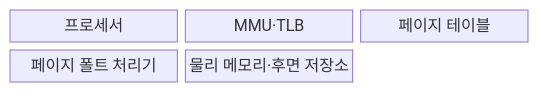
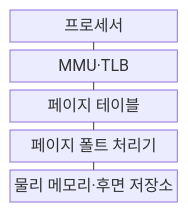
The first of 2 diagrams in src/content/docs/notes/03-software/015_virtual_memory.md (agnusdei1207/knowledge-base), drawn with Mermaid before and after one commit. The commit also changed other lines of this file and 20 other files, not shown here.

````diff
--- a/src/content/docs/notes/03-software/015_virtual_memory.md
+++ b/src/content/docs/notes/03-software/015_virtual_memory.md
@@ -72,9 +69,13 @@
 ```mermaid
-block-beta
-  columns 3
-  C["프로세서"]
-  M["MMU·TLB"]
-  T["페이지 테이블"]
-  F["페이지 폴트 처리기"]
-  P["물리 메모리·후면 저장소"]
+block
+    columns 1
+    C["프로세서"]
+    M["MMU·TLB"]
+    T["페이지 테이블"]
+    F["페이지 폴트 처리기"]
+    P["물리 메모리·후면 저장소"]
+    C --- M
+    M --- T
+    T --- F
+    F --- P
 ```
````
